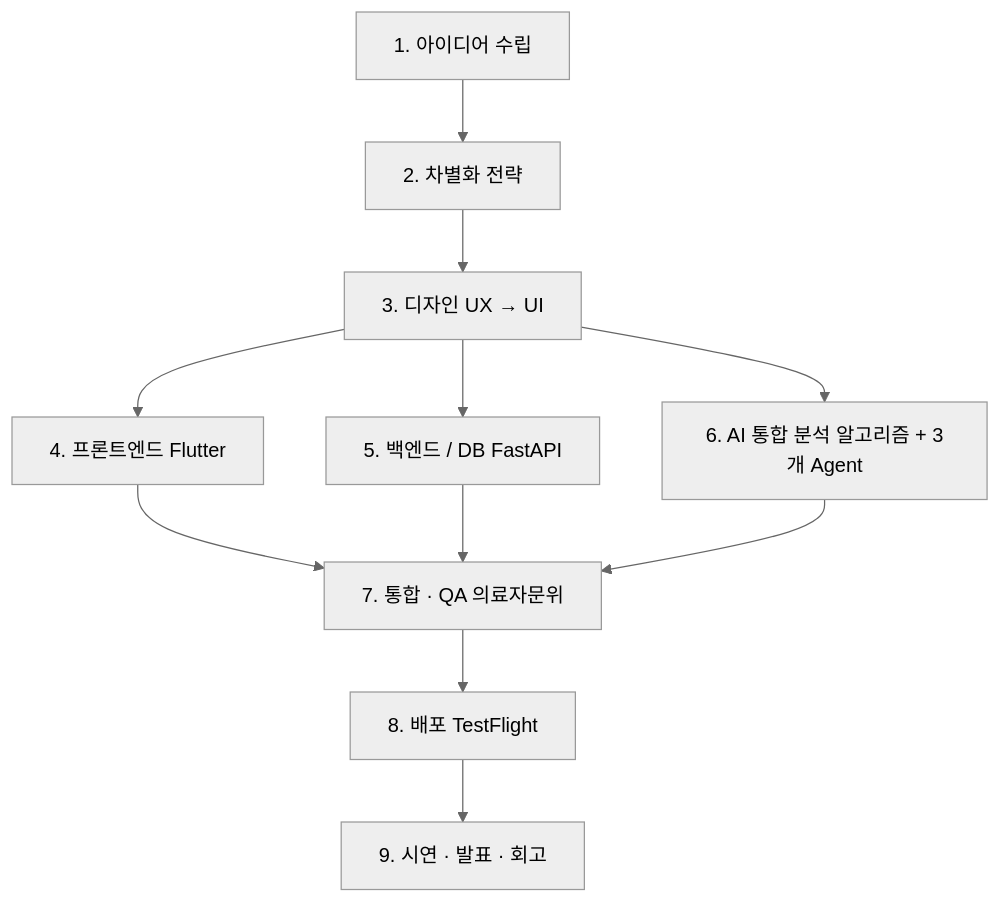
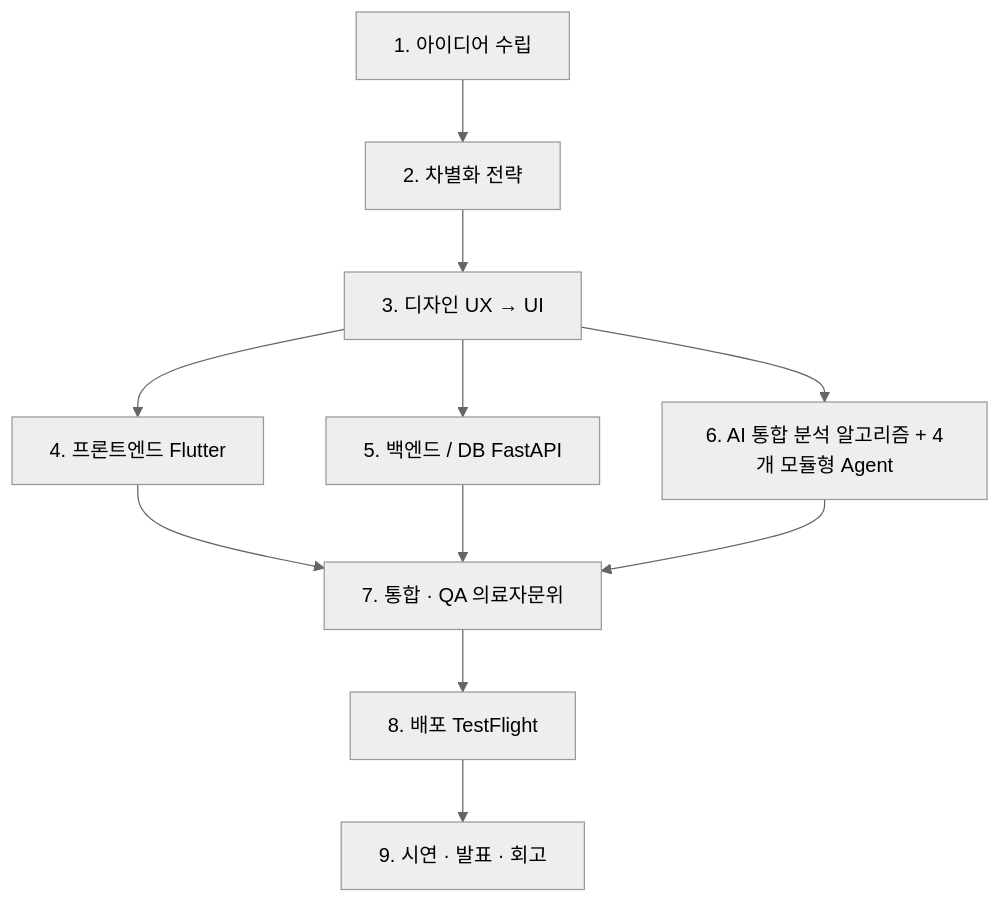
Before and after one commit to Lemon-Aid-KDT/Lemon-sin: the eighth of 12 diagrams in 03_lemon_healthcare/yeong-Vision-Nutrition/PROJECT_GUIDE.md, drawn with Mermaid (neutral theme). The commit also changed other lines of this file and 9 other files, not shown here.

````diff
--- a/03_lemon_healthcare/yeong-Vision-Nutrition/PROJECT_GUIDE.md
+++ b/03_lemon_healthcare/yeong-Vision-Nutrition/PROJECT_GUIDE.md
@@ -1184,13 +1207,13 @@
 ```mermaid
 flowchart TB
     S1[1. 아이디어 수립] --> S2[2. 차별화 전략]
     S2 --> S3[3. 디자인 UX → UI]
     S3 --> S4[4. 프론트엔드 Flutter]
     S3 --> S5[5. 백엔드 / DB FastAPI]
-    S3 --> S6[6. AI 통합 분석 알고리즘 + 3개 Agent]
+    S3 --> S6[6. AI 통합 분석 알고리즘 + 4개 모듈형 Agent]
     S4 --> S7[7. 통합 · QA 의료자문위]
     S5 --> S7
     S6 --> S7
     S7 --> S8[8. 배포 TestFlight]
     S8 --> S9[9. 시연 · 발표 · 회고]
 ```
````
